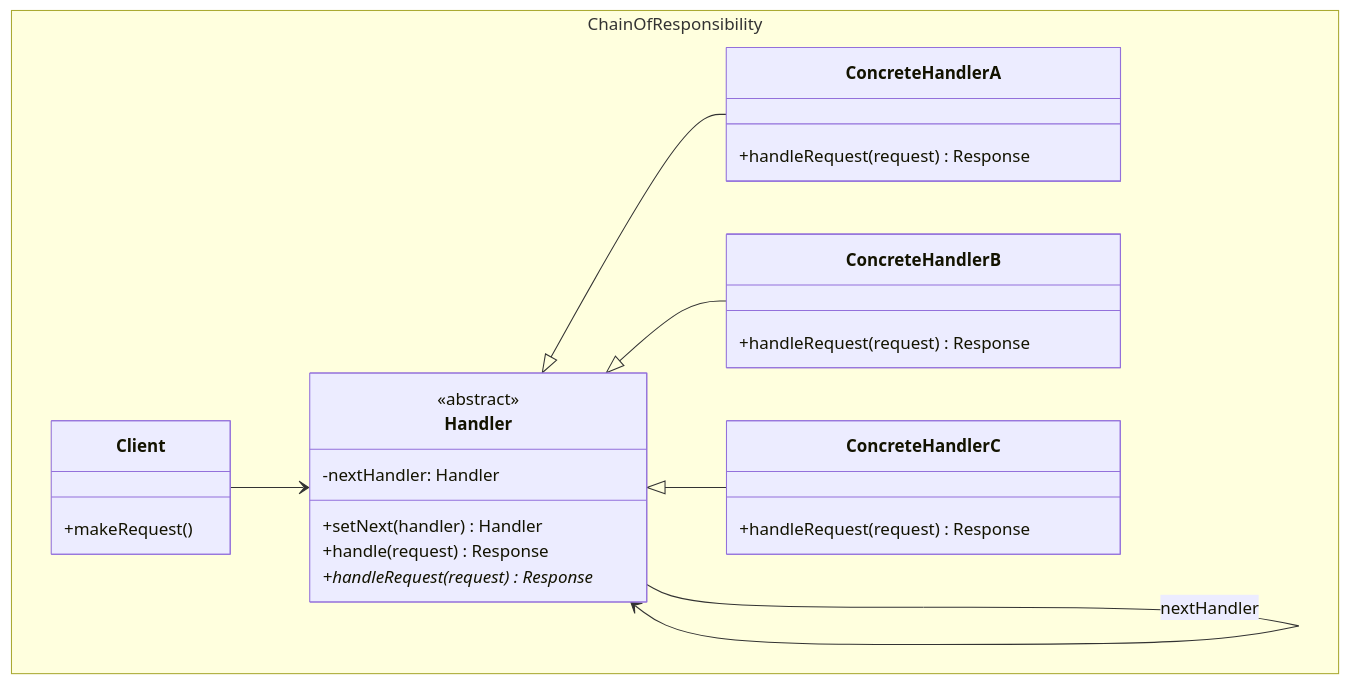
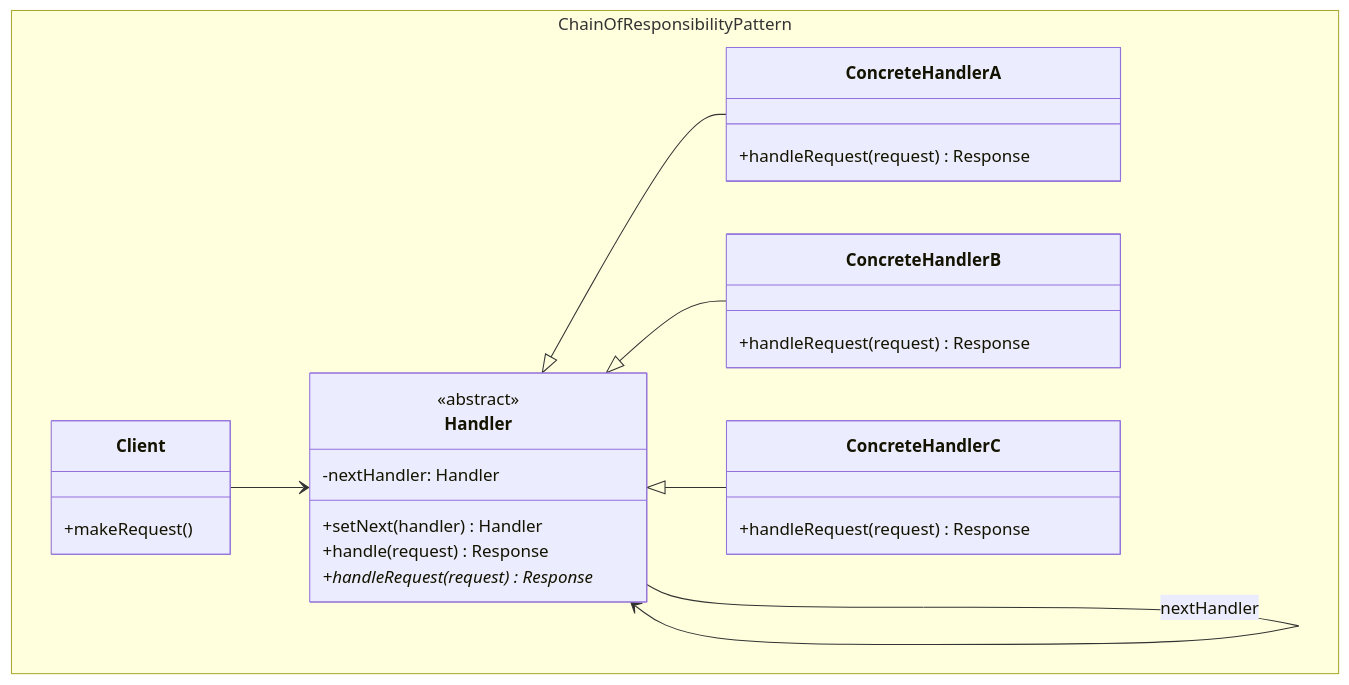
The first of 3 diagrams in patrones-diseno/comportamiento/patterns/ChainOfResponsibility.md (JheisonMB/software-patterns-guide), drawn with Mermaid before and after one commit. The commit also changed other lines of this file and 22 other files, not shown here.

````diff
--- a/patrones-diseno/comportamiento/patterns/ChainOfResponsibility.md
+++ b/patrones-diseno/comportamiento/patterns/ChainOfResponsibility.md
@@ -25,34 +33,34 @@
 ```mermaid
 classDiagram
-    namespace ChainOfResponsibility {
+    namespace ChainOfResponsibilityPattern {
         class Handler {
             <<abstract>>
             -nextHandler: Handler
             +setNext(handler) Handler
             +handle(request) Response
             +handleRequest(request) Response*
         }
         
         class ConcreteHandlerA {
             +handleRequest(request) Response
         }
         
         class ConcreteHandlerB {
             +handleRequest(request) Response
         }
         
         class ConcreteHandlerC {
             +handleRequest(request) Response
         }
         
         class Client {
             +makeRequest()
         }
     }
     
     Handler <|-- ConcreteHandlerA
     Handler <|-- ConcreteHandlerB
     Handler <|-- ConcreteHandlerC
     Handler --> Handler : nextHandler
     Client --> Handler
 ```
````
